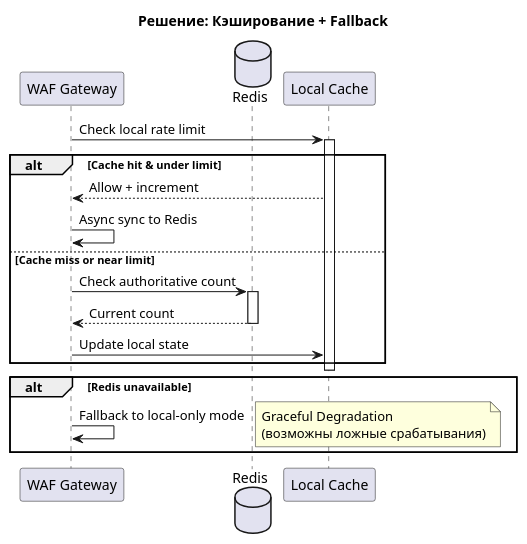
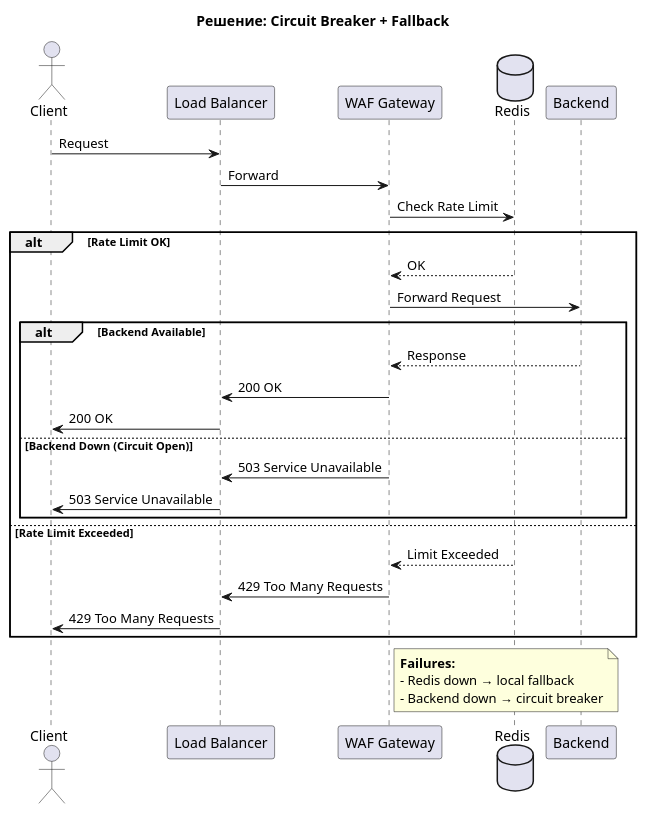
One commit to Sasakin/WafWall changed the sixth of 8 diagrams in design.md. Above: the diagram before and after it, drawn with PlantUML. The commit also changed other lines of this file and 35 other files, not shown here.

````diff
--- a/design.md
+++ b/design.md
@@ -406,30 +491,40 @@
 ```plantuml
 @startuml Solution1
-title Решение: Кэширование + Fallback
+title Решение: Circuit Breaker + Fallback
 skinparam backgroundColor #FFFFFF
 
+actor "Client" as Client
+participant "Load Balancer" as LB
 participant "WAF Gateway" as WAF
 database "Redis" as Redis
-participant "Local Cache" as Cache
+participant "Backend" as Backend
 
-WAF -> Cache : Check local rate limit
-activate Cache
+Client -> LB : Request
+LB -> WAF : Forward
 
-alt Cache hit & under limit
-  Cache --> WAF : Allow + increment
-  WAF -> WAF : Async sync to Redis
-else Cache miss or near limit
-  WAF -> Redis : Check authoritative count
-  activate Redis
-  Redis --> WAF : Current count
-  deactivate Redis
-  WAF -> Cache : Update local state
+WAF -> Redis : Check Rate Limit
+
+alt Rate Limit OK
+  Redis --> WAF : OK
+  WAF -> Backend : Forward Request
+  alt Backend Available
+    Backend --> WAF : Response
+    WAF -> LB : 200 OK
+    LB -> Client : 200 OK
+  else Backend Down (Circuit Open)
+    WAF -> LB : 503 Service Unavailable
+    LB -> Client : 503 Service Unavailable
+  end
+else Rate Limit Exceeded
+  Redis --> WAF : Limit Exceeded
+  WAF -> LB : 429 Too Many Requests
+  LB -> Client : 429 Too Many Requests
 end
-deactivate Cache
 
-alt Redis unavailable
-  WAF -> WAF : Fallback to local-only mode
-  note right: Graceful Degradation\n(возможны ложные срабатывания)
-end
+note right of WAF
+  **Failures:**
+  - Redis down → local fallback
+  - Backend down → circuit breaker
+end note
 @enduml
 ```
````
